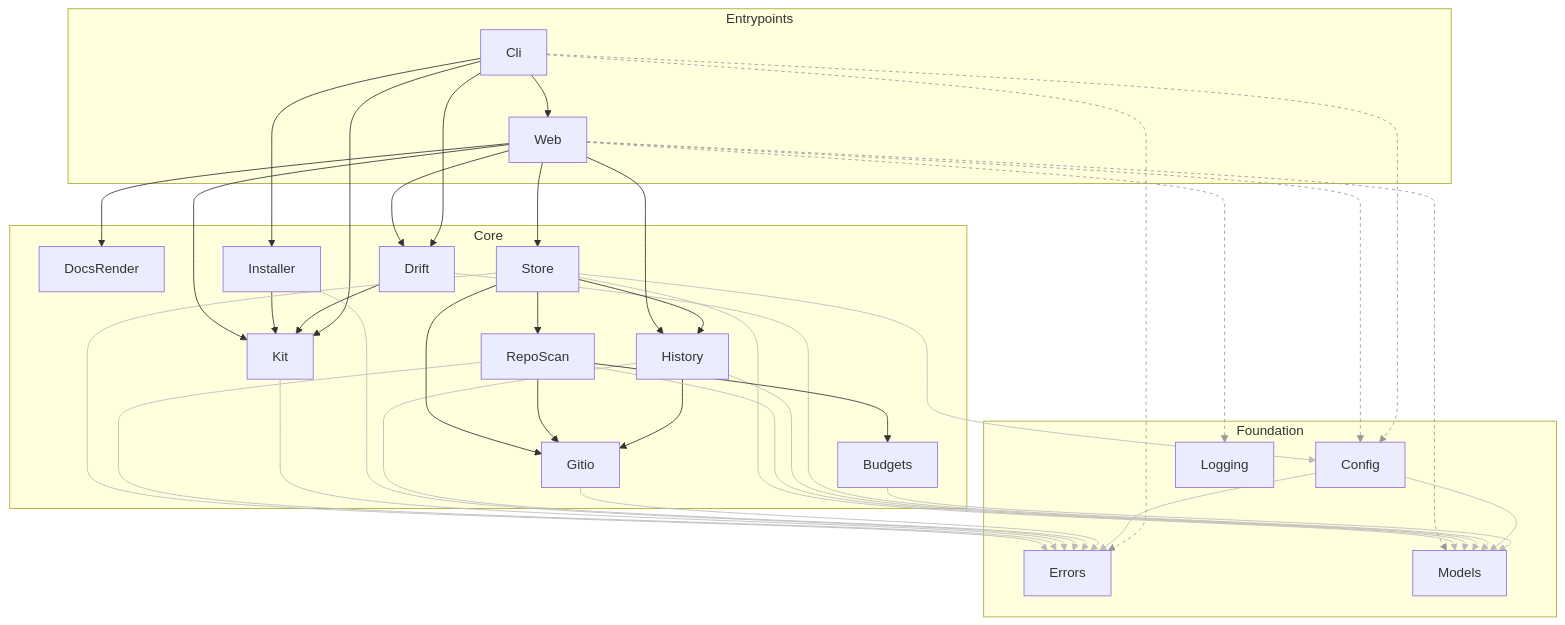
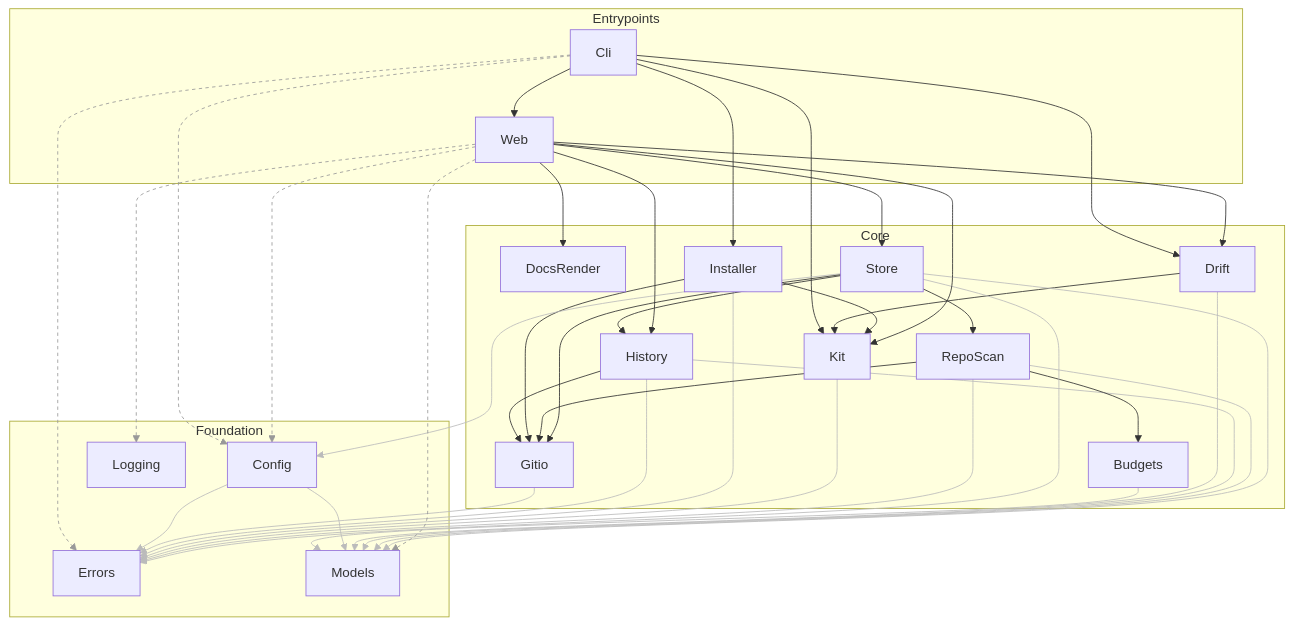
One commit to agent-lore/guardrail-hub changed the diagram in docs/generated/architecture.md. Above: the diagram before and after it, drawn with Mermaid. The commit also changed 56 other files, not shown here.

````diff
--- a/docs/generated/architecture.md
+++ b/docs/generated/architecture.md
@@ -57,6 +57,7 @@
   History --> Gitio
   History --> Models
   Installer --> Errors
+  Installer --> Gitio
   Installer --> Kit
   Kit --> Errors
   RepoScan --> Budgets
@@ -87,13 +88,13 @@
   linkStyle 12 stroke:#bbb
   linkStyle 14 stroke:#bbb
   linkStyle 15 stroke:#bbb
-  linkStyle 17 stroke:#bbb
-  linkStyle 19 stroke:#bbb
-  linkStyle 21 stroke:#bbb
+  linkStyle 18 stroke:#bbb
+  linkStyle 20 stroke:#bbb
   linkStyle 22 stroke:#bbb
   linkStyle 23 stroke:#bbb
-  linkStyle 26 stroke:#bbb
-  linkStyle 28 stroke:#999,stroke-dasharray:4
-  linkStyle 33 stroke:#999,stroke-dasharray:4
+  linkStyle 24 stroke:#bbb
+  linkStyle 27 stroke:#bbb
+  linkStyle 29 stroke:#999,stroke-dasharray:4
   linkStyle 34 stroke:#999,stroke-dasharray:4
+  linkStyle 35 stroke:#999,stroke-dasharray:4
 ```
````
